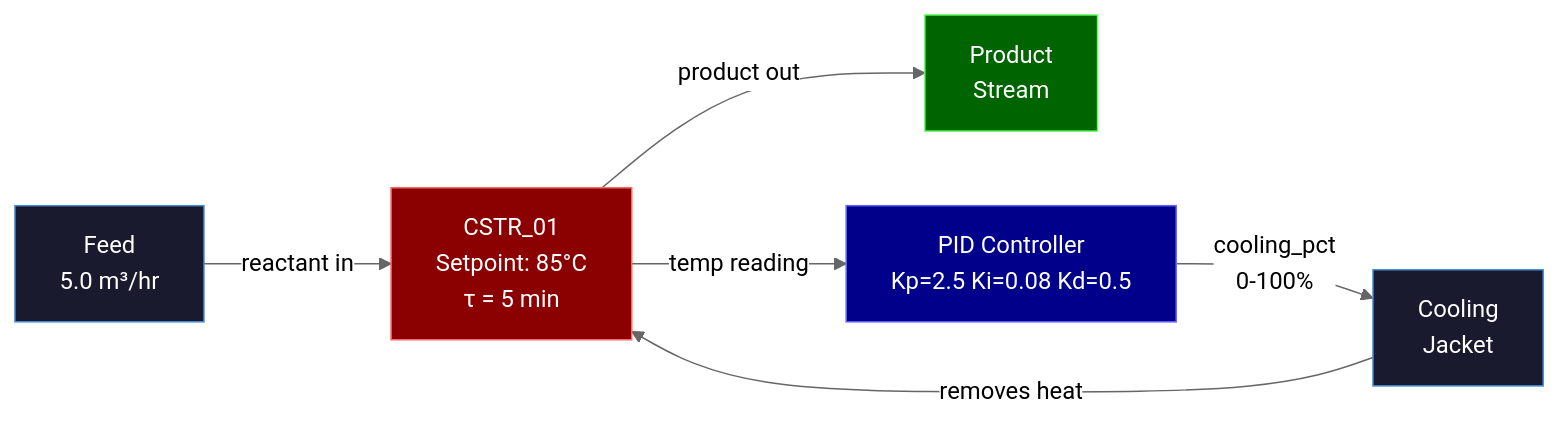
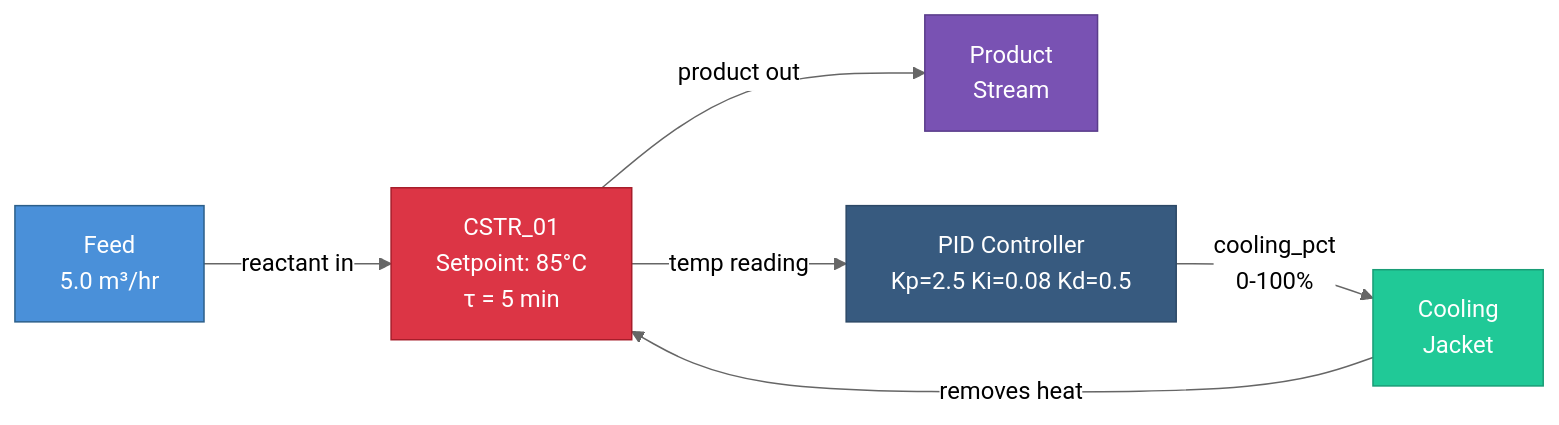
The third of 7 diagrams in docs/simulation/patterns/process_engineering.md (henryodibi11/Odibi), drawn with Mermaid (neutral theme) before and after one commit. The commit also changed other lines of this file and 7 other files, not shown here.

First line of the commit message:
Fix mermaid diagram colors for readability across all 26 diagrams

````diff
--- a/docs/simulation/patterns/process_engineering.md
+++ b/docs/simulation/patterns/process_engineering.md
@@ -527,14 +527,14 @@
 ```mermaid
 flowchart LR
     A["Feed\n5.0 m³/hr"] -->|"reactant in"| B["CSTR_01\nSetpoint: 85°C\nτ = 5 min"]
     B -->|"product out"| C["Product\nStream"]
     B -->|"temp reading"| D["PID Controller\nKp=2.5 Ki=0.08 Kd=0.5"]
     D -->|"cooling_pct\n0-100%"| E["Cooling\nJacket"]
     E -->|"removes heat"| B
 
-    style A fill:#1a1a2e,stroke:#4a90d9,color:#ffffff
-    style B fill:#8B0000,stroke:#ff6666,color:#ffffff
-    style C fill:#006400,stroke:#66ff66,color:#ffffff
-    style D fill:#00008B,stroke:#6666ff,color:#ffffff
-    style E fill:#1a1a2e,stroke:#4a90d9,color:#ffffff
+    style A fill:#4a90d9,stroke:#2c5f8a,color:#ffffff
+    style B fill:#dc3545,stroke:#a71d2a,color:#ffffff
+    style C fill:#7952b3,stroke:#5a3d8a,color:#ffffff
+    style D fill:#375a7f,stroke:#2c4866,color:#ffffff
+    style E fill:#20c997,stroke:#199d76,color:#ffffff
 ```
````
